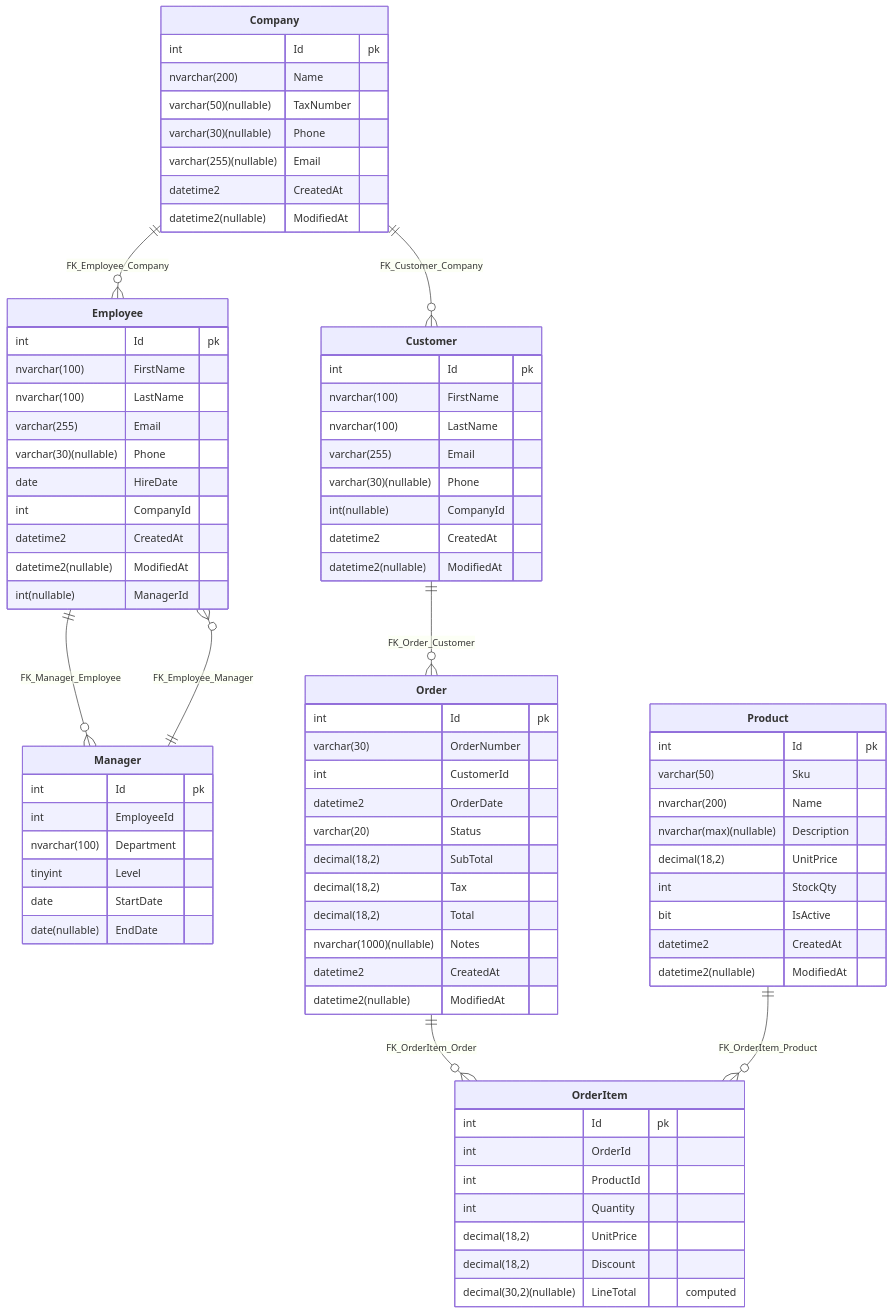
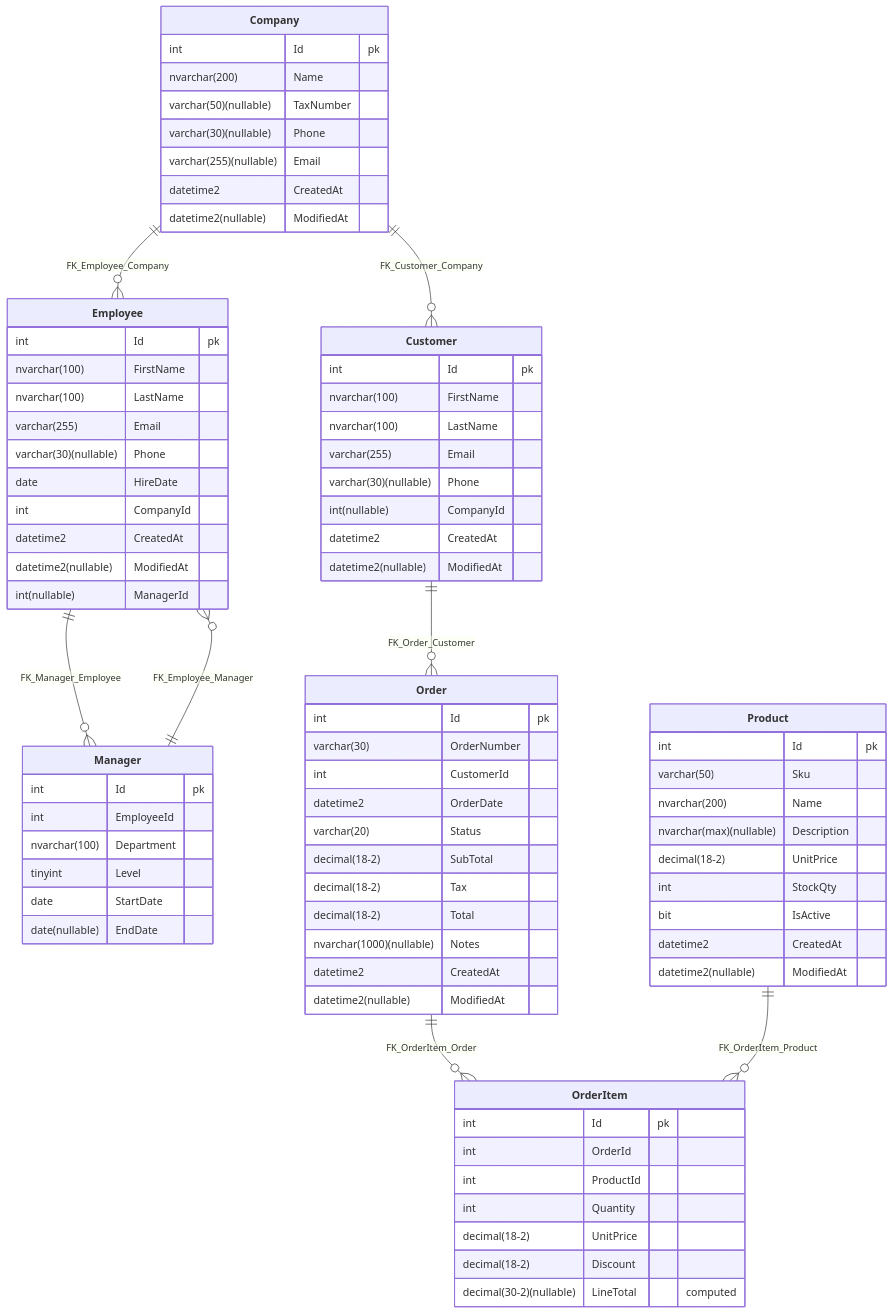
One commit to SimonCropp/DbToMermaid changed the first of 2 diagrams in readme.md. Above: the diagram before and after it, drawn with Mermaid. The commit also changed 13 other files, not shown here.

First line of the commit message:
Make multi-parameter column types Mermaid-parseable; add relationshipLabels option (#32)

````diff
--- a/readme.md
+++ b/readme.md
@@ -124,82 +124,82 @@
 ```mermaid
 erDiagram
   "Company"["**Company**"] {
     int Id pk
     nvarchar(200) Name
     varchar(50)(nullable) TaxNumber
     varchar(30)(nullable) Phone
     varchar(255)(nullable) Email
     datetime2 CreatedAt
     datetime2(nullable) ModifiedAt
   }
   "Customer"["**Customer**"] {
     int Id pk
     nvarchar(100) FirstName
     nvarchar(100) LastName
     varchar(255) Email
     varchar(30)(nullable) Phone
     int(nullable) CompanyId
     datetime2 CreatedAt
     datetime2(nullable) ModifiedAt
   }
   "Employee"["**Employee**"] {
     int Id pk
     nvarchar(100) FirstName
     nvarchar(100) LastName
     varchar(255) Email
     varchar(30)(nullable) Phone
     date HireDate
     int CompanyId
     datetime2 CreatedAt
     datetime2(nullable) ModifiedAt
     int(nullable) ManagerId
   }
   "Manager"["**Manager**"] {
     int Id pk
     int EmployeeId
     nvarchar(100) Department
     tinyint Level
     date StartDate
     date(nullable) EndDate
   }
   "Order"["**Order**"] {
     int Id pk
     varchar(30) OrderNumber
     int CustomerId
     datetime2 OrderDate
     varchar(20) Status
-    decimal(18,2) SubTotal
-    decimal(18,2) Tax
-    decimal(18,2) Total
+    decimal(18-2) SubTotal
+    decimal(18-2) Tax
+    decimal(18-2) Total
     nvarchar(1000)(nullable) Notes
     datetime2 CreatedAt
     datetime2(nullable) ModifiedAt
   }
   "OrderItem"["**OrderItem**"] {
     int Id pk
     int OrderId
     int ProductId
     int Quantity
-    decimal(18,2) UnitPrice
-    decimal(18,2) Discount
-    decimal(30,2)(nullable) LineTotal "computed"
+    decimal(18-2) UnitPrice
+    decimal(18-2) Discount
+    decimal(30-2)(nullable) LineTotal "computed"
   }
   "Product"["**Product**"] {
     int Id pk
     varchar(50) Sku
     nvarchar(200) Name
     nvarchar(max)(nullable) Description
-    decimal(18,2) UnitPrice
+    decimal(18-2) UnitPrice
     int StockQty
     bit IsActive
     datetime2 CreatedAt
     datetime2(nullable) ModifiedAt
   }
   "Company" ||--o{ "Customer" : "FK_Customer_Company"
   "Company" ||--o{ "Employee" : "FK_Employee_Company"
   "Customer" ||--o{ "Order" : "FK_Order_Customer"
   "Employee" ||--o{ "Manager" : "FK_Manager_Employee"
   "Manager" ||--o{ "Employee" : "FK_Employee_Manager"
   "Order" ||--o{ "OrderItem" : "FK_OrderItem_Order"
   "Product" ||--o{ "OrderItem" : "FK_OrderItem_Product"
 ```
````
